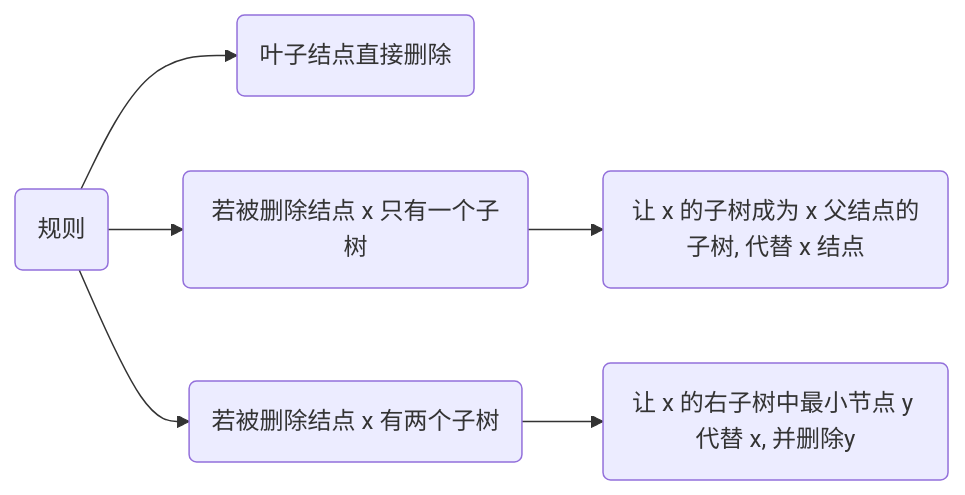
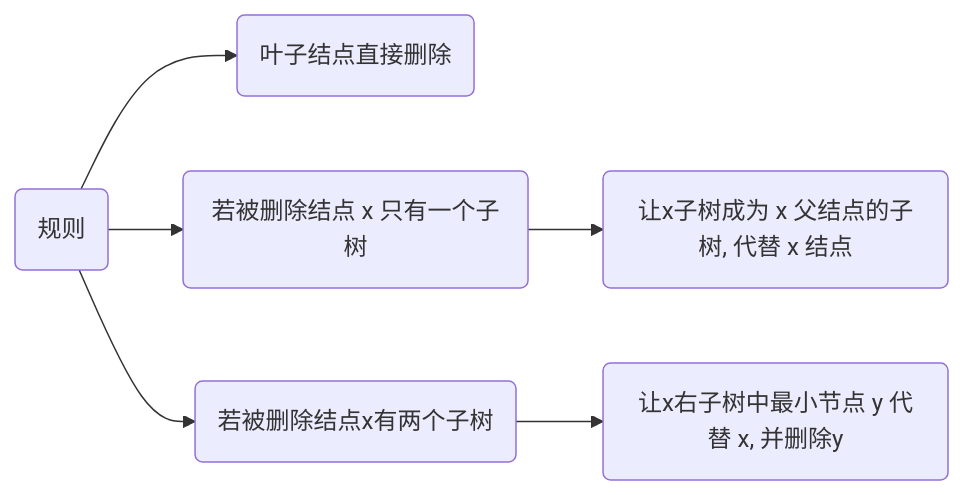
One commit to dmjcb/dmjcb.github.io changed the eighth of 13 diagrams in _posts/data_structure/tree/binary_tree/2019-02-13-二叉排序树.md. Above: the diagram before and after it, drawn with Mermaid. The commit also changed other lines of this file and 32 other files, not shown here.

````diff
--- a/_posts/data_structure/tree/binary_tree/2019-02-13-二叉排序树.md
+++ b/_posts/data_structure/tree/binary_tree/2019-02-13-二叉排序树.md
@@ -213,9 +213,9 @@
 ```mermaid
 graph LR
     X(规则)
     X --> A(叶子结点直接删除)
     X --> B(若被删除结点 x 只有一个子树)
-        B --> B1(让 x 的子树成为 x 父结点的子树, 代替 x 结点)
-    X --> C(若被删除结点 x 有两个子树)
-        C --> C1(让 x 的右子树中最小节点 y 代替 x, 并删除y)
+        B --> B1(让x子树成为 x 父结点的子树, 代替 x 结点)
+    X --> C(若被删除结点x有两个子树)
+        C --> C1(让x右子树中最小节点 y 代替 x, 并删除y)
 ```
````
